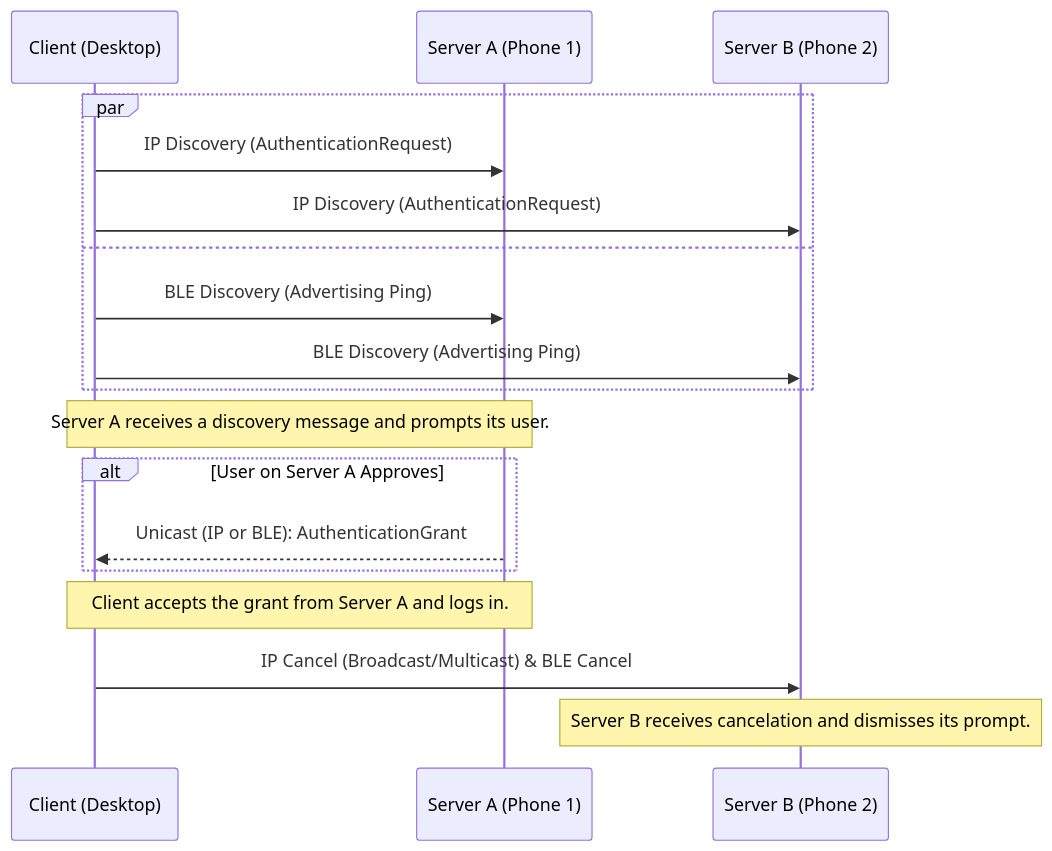
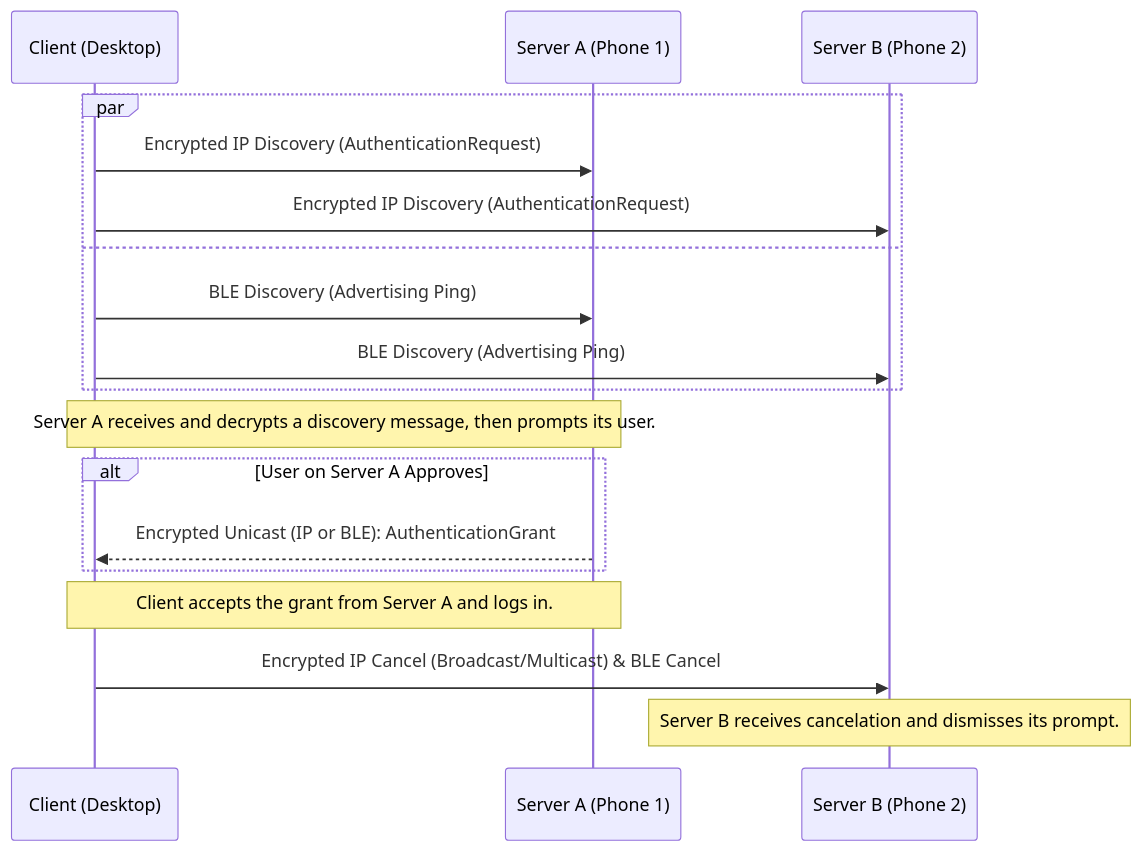
One commit to Lolle2000la/tapauth changed the diagram in docs/design-documents/protocol/authentication-flow.md. Above: the diagram before and after it, drawn with Mermaid. The commit also changed other lines of this file and 4 other files, not shown here.

````diff
--- a/docs/design-documents/protocol/authentication-flow.md
+++ b/docs/design-documents/protocol/authentication-flow.md
@@ -12,24 +12,24 @@
 ```mermaid
 sequenceDiagram
     participant Client (Desktop)
     participant Server A (Phone 1)
     participant Server B (Phone 2)
 
     par
-        Client (Desktop)->>Server A (Phone 1): IP Discovery (AuthenticationRequest)
-        Client (Desktop)->>Server B (Phone 2): IP Discovery (AuthenticationRequest)
+        Client (Desktop)->>Server A (Phone 1): Encrypted IP Discovery (AuthenticationRequest)
+        Client (Desktop)->>Server B (Phone 2): Encrypted IP Discovery (AuthenticationRequest)
     and
         Client (Desktop)->>Server A (Phone 1): BLE Discovery (Advertising Ping)
         Client (Desktop)->>Server B (Phone 2): BLE Discovery (Advertising Ping)
     end
 
-    Note over Client (Desktop), Server A (Phone 1): Server A receives a discovery message and prompts its user.
+    Note over Client (Desktop), Server A (Phone 1): Server A receives and decrypts a discovery message, then prompts its user.
     
     alt User on Server A Approves
-        Server A (Phone 1)-->>Client (Desktop): Unicast (IP or BLE): AuthenticationGrant
+        Server A (Phone 1)-->>Client (Desktop): Encrypted Unicast (IP or BLE): AuthenticationGrant
     end
     
     Note over Client (Desktop), Server A (Phone 1): Client accepts the grant from Server A and logs in.
-    Client (Desktop)->>Server B (Phone 2): IP Cancel (Broadcast/Multicast) & BLE Cancel
+    Client (Desktop)->>Server B (Phone 2): Encrypted IP Cancel (Broadcast/Multicast) & BLE Cancel
     Note over Server B (Phone 2): Server B receives cancelation and dismisses its prompt.
 ```
````
